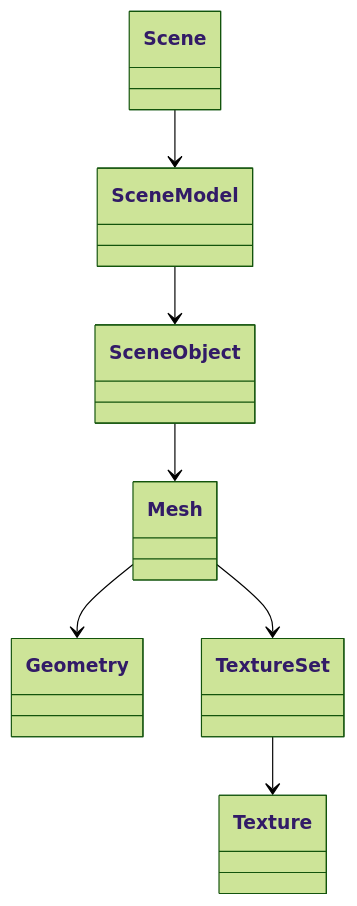
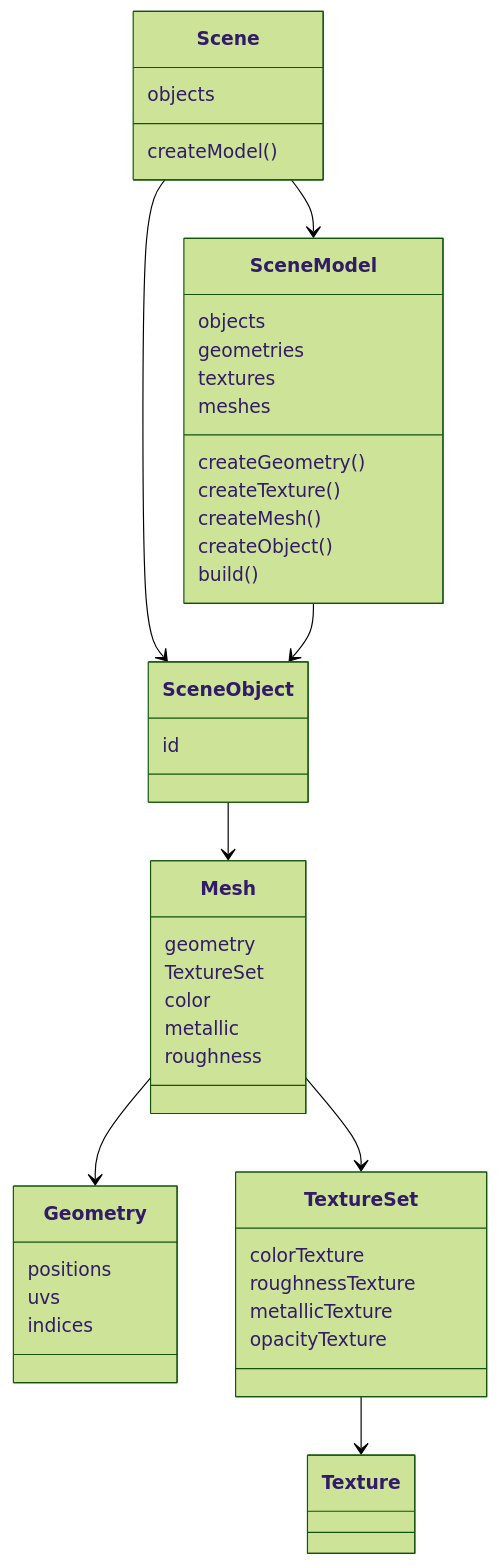
Before and after one commit to xeokit/sdk: the first of 3 diagrams in README.md, drawn with Mermaid (forest theme). The commit also changed other lines of this file, not shown here.

````diff
--- a/README.md
+++ b/README.md
@@ -44,9 +44,35 @@
 ```mermaid
 classDiagram
-    Scene-->SceneModel
-    SceneModel-->SceneObject
-    SceneObject-->Mesh
-    Mesh-->Geometry
-    Mesh-->TextureSet
-    TextureSet-->Texture
+    Scene --> SceneModel
+    Scene --> SceneObject
+    Scene : createModel()
+    Scene : objects
+    SceneModel : createGeometry()
+    SceneModel : createTexture()
+    SceneModel : createMesh()
+    SceneModel : createObject()
+    SceneModel : build()
+    SceneModel : objects
+    SceneModel : geometries
+    SceneModel : textures
+    SceneModel : meshes
+    SceneModel --> SceneObject
+    SceneObject --> Mesh
+    SceneObject : id
+    Mesh --> Geometry
+    Mesh --> TextureSet
+    Mesh : geometry
+    Mesh : TextureSet
+    Mesh : color
+    Mesh : metallic
+    Mesh : roughness
+    TextureSet --> Texture
+    Geometry : positions
+    Geometry : uvs
+    Geometry : indices
+    TextureSet : colorTexture
+    TextureSet : roughnessTexture
+    TextureSet : metallicTexture
+    TextureSet : opacityTexture
+  
 ```
````
